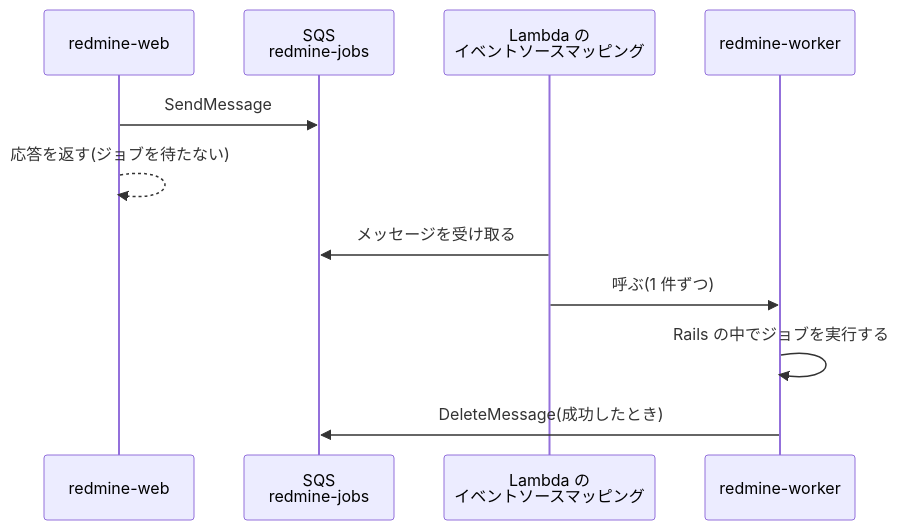
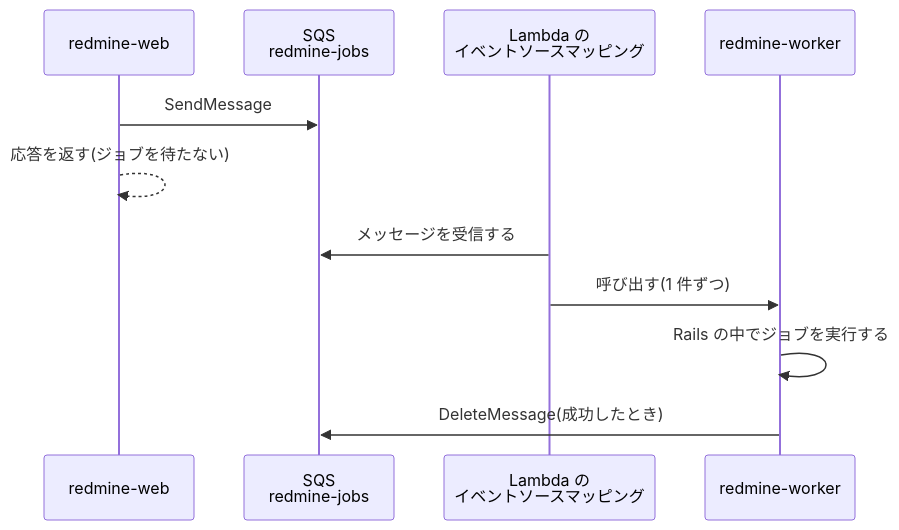
The first of 3 diagrams in docs/ja/lambda.md (redmine-kit/serverless), drawn with Mermaid before and after one commit. The commit also changed other lines of this file and 19 other files, not shown here.

````diff
--- a/docs/ja/lambda.md
+++ b/docs/ja/lambda.md
@@ -263,13 +263,13 @@
 ```mermaid
 sequenceDiagram
   participant W as redmine-web
   participant Q as SQS<br>redmine-jobs
   participant L as Lambda の<br>イベントソースマッピング
   participant K as redmine-worker
   W->>Q: SendMessage
   W-->>W: 応答を返す(ジョブを待たない)
-  L->>Q: メッセージを受け取る
-  L->>K: 呼ぶ(1 件ずつ)
+  L->>Q: メッセージを受信する
+  L->>K: 呼び出す(1 件ずつ)
   K->>K: Rails の中でジョブを実行する
   K->>Q: DeleteMessage(成功したとき)
 ```
````
